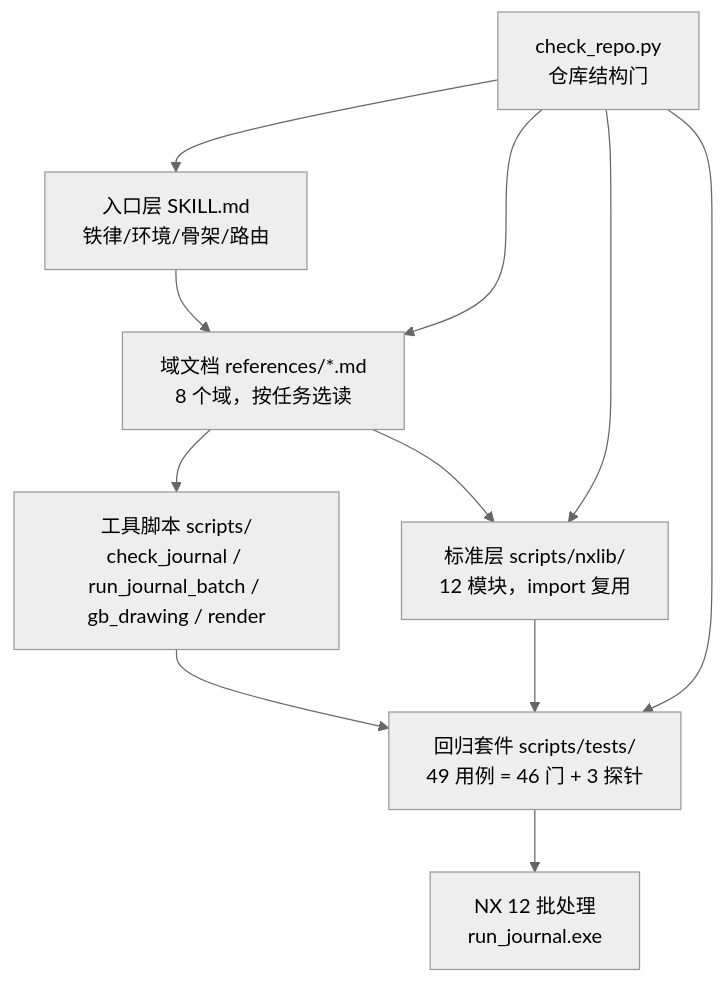
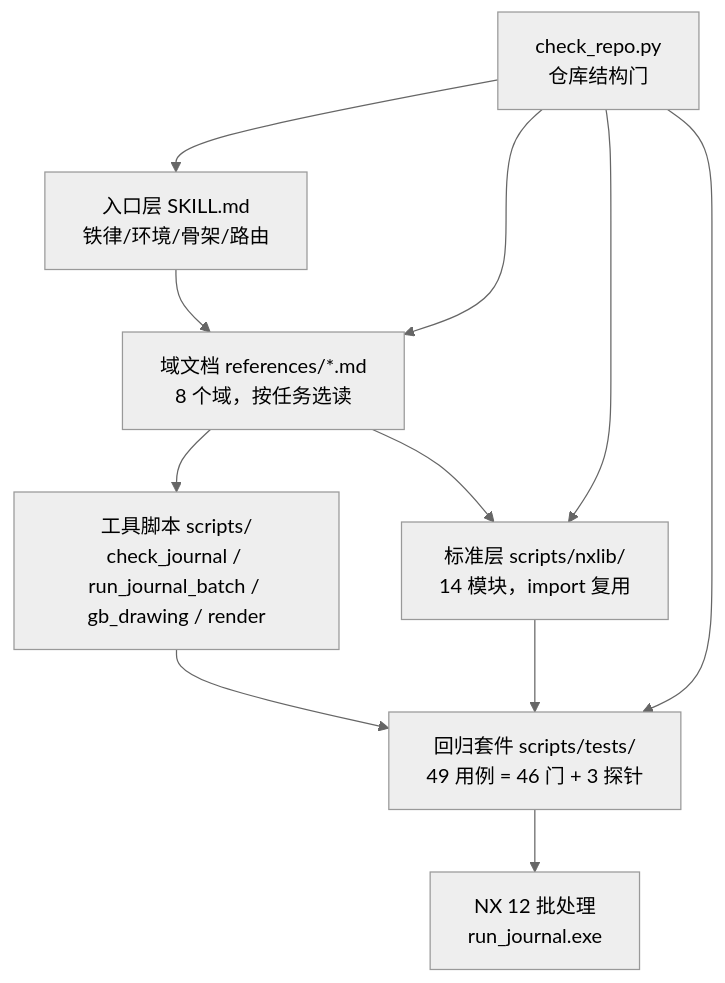
One commit to EVOL233awa/nxopen-journal changed the diagram in docs/wiki/01-architecture.md. Above: the diagram before and after it, drawn with Mermaid (neutral theme). The commit also changed 29 other files, not shown here.

````diff
--- a/docs/wiki/01-architecture.md
+++ b/docs/wiki/01-architecture.md
@@ -9,13 +9,13 @@
 ```mermaid
 graph TD
   A["入口层 SKILL.md<br>铁律/环境/骨架/路由"] --> B["域文档 references/*.md<br>8 个域，按任务选读"]
   B --> C["工具脚本 scripts/<br>check_journal / run_journal_batch / gb_drawing / render"]
-  B --> D["标准层 scripts/nxlib/<br>12 模块，import 复用"]
+  B --> D["标准层 scripts/nxlib/<br>14 模块，import 复用"]
   C --> E["回归套件 scripts/tests/<br>49 用例 = 46 门 + 3 探针"]
   D --> E
   E --> F["NX 12 批处理<br>run_journal.exe"]
   G["check_repo.py<br>仓库结构门"] --> A
   G --> B
   G --> D
   G --> E
 ```
````
